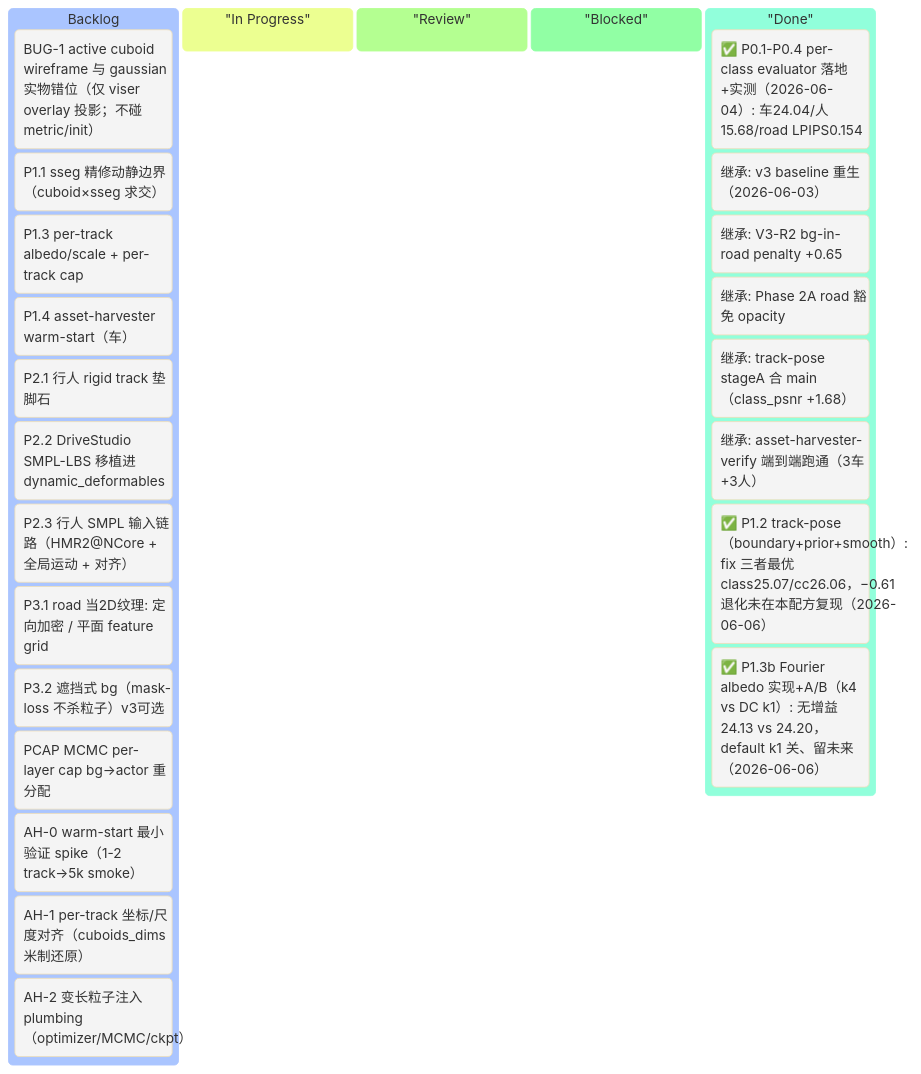
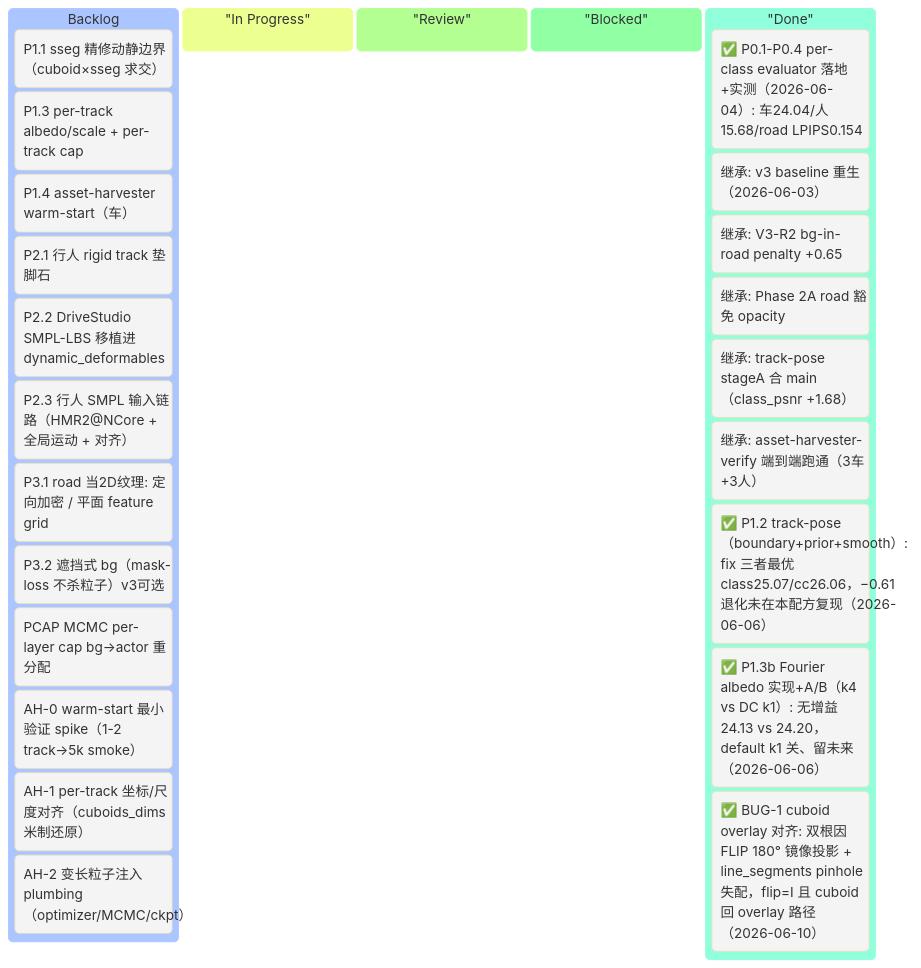
The first of 2 diagrams in v3_plan_revised.md (etendue/3dgrut), drawn with Mermaid before and after one commit. The commit also changed other lines of this file and 1 other file, not shown here.

First line of the commit message:
docs(plan): BUG-1 标 ✅ — kanban/任务表/§2.5 修复记录/Done Log/R8 教训 (2a4657e)

````diff
--- a/v3_plan_revised.md
+++ b/v3_plan_revised.md
@@ -67,34 +67,34 @@
 ```mermaid
 %%{init: {'theme':'base'}}%%
 kanban
     Backlog
-        [BUG-1 active cuboid wireframe 与 gaussian 实物错位（仅 viser overlay 投影；不碰 metric/init）]
         [P1.1 sseg 精修动静边界（cuboid×sseg 求交）]
         [P1.3 per-track albedo/scale + per-track cap]
         [P1.4 asset-harvester warm-start（车）]
         [P2.1 行人 rigid track 垫脚石]
         [P2.2 DriveStudio SMPL-LBS 移植进 dynamic_deformables]
         [P2.3 行人 SMPL 输入链路（HMR2@NCore + 全局运动 + 对齐）]
         [P3.1 road 当2D纹理: 定向加密 / 平面 feature grid]
         [P3.2 遮挡式 bg（mask-loss 不杀粒子）v3可选]
         [PCAP MCMC per-layer cap bg→actor 重分配]
         [AH-0 warm-start 最小验证 spike（1-2 track→5k smoke）]
         [AH-1 per-track 坐标/尺度对齐（cuboids_dims 米制还原）]
         [AH-2 变长粒子注入 plumbing（optimizer/MCMC/ckpt）]
 
     "In Progress"
 
     "Review"
 
     "Blocked"
 
     "Done"
         [✅ P0.1-P0.4 per-class evaluator 落地+实测（2026-06-04）: 车24.04/人15.68/road LPIPS0.154]
         [继承: v3 baseline 重生（2026-06-03）]
         [继承: V3-R2 bg-in-road penalty +0.65]
         [继承: Phase 2A road 豁免 opacity]
         [继承: track-pose stageA 合 main（class_psnr +1.68）]
         [继承: asset-harvester-verify 端到端跑通（3车+3人）]
         [✅ P1.2 track-pose（boundary+prior+smooth）: fix 三者最优 class25.07/cc26.06，−0.61 退化未在本配方复现（2026-06-06）]
         [✅ P1.3b Fourier albedo 实现+A/B（k4 vs DC k1）: 无增益 24.13 vs 24.20，default k1 关、留未来（2026-06-06）]
+        [✅ BUG-1 cuboid overlay 对齐: 双根因 FLIP 180° 镜像投影 + line_segments pinhole 失配，flip=I 且 cuboid 回 overlay 路径（2026-06-10）]
 ```
````
